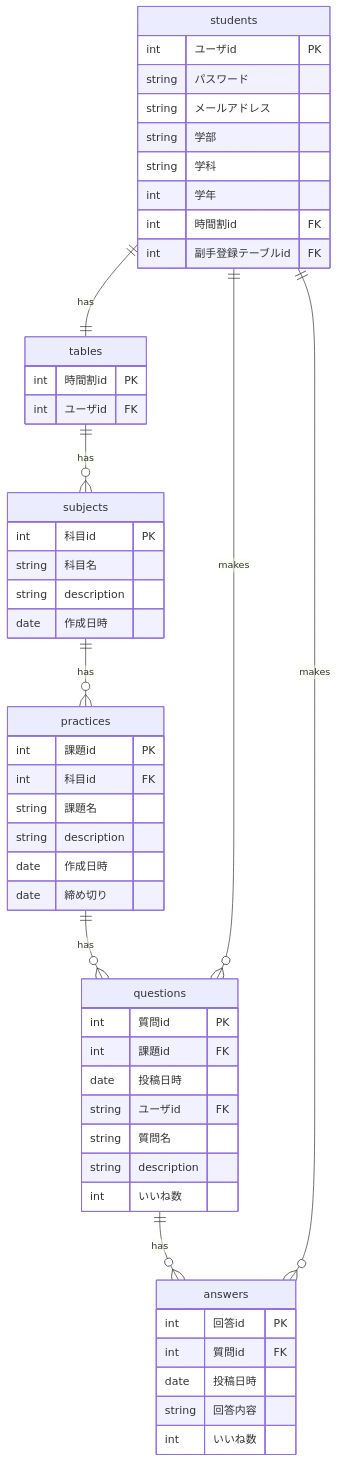
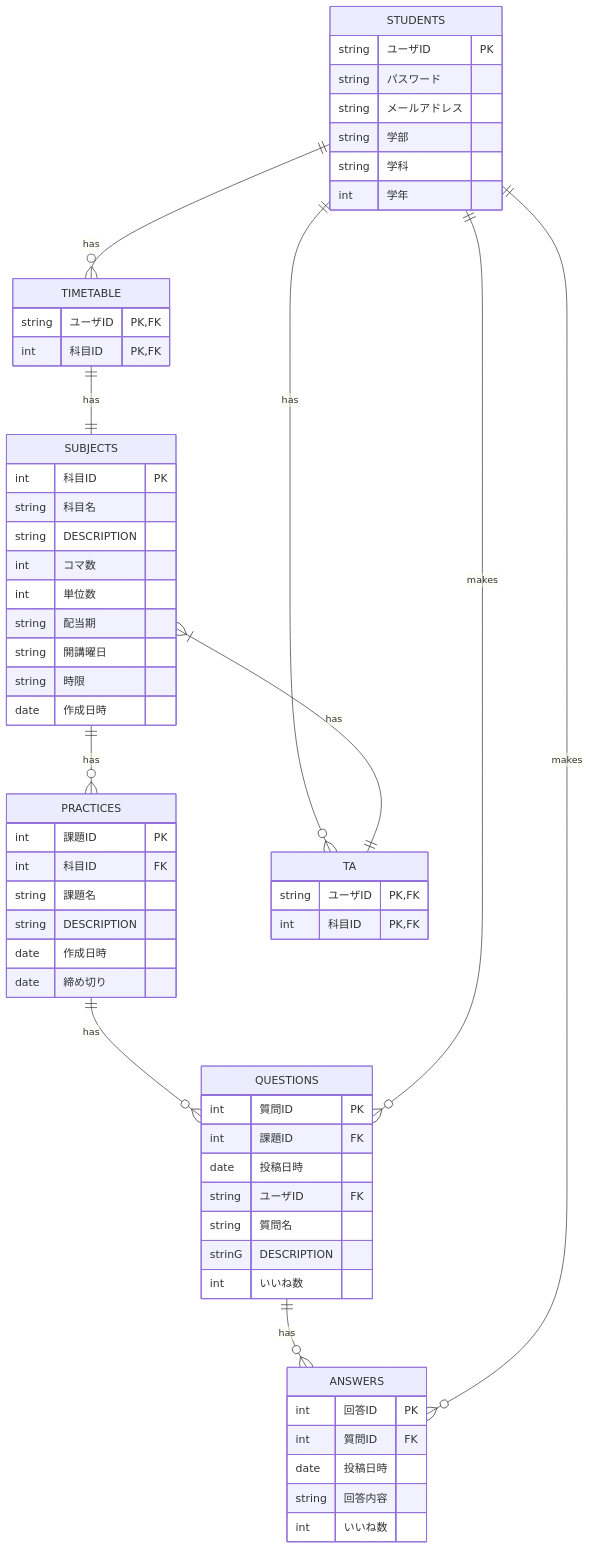
The diagram in QandA_ER.md (buhtiG27/ServerProgramming), drawn with Mermaid before and after one commit.

Commit message:
ER図を変更、時間割や副手の管理の仕方を設定、学生は要検討

````diff
--- a/QandA_ER.md
+++ b/QandA_ER.md
@@ -3,60 +3,70 @@
 ```mermaid
     erDiagram
-        students {
-            int ユーザid PK
+        STUDENTS {
+            string ユーザID PK
             string パスワード
             string メールアドレス
             string 学部
             string 学科
             int 学年
-            int 時間割id FK
-            int 副手登録テーブルid FK
         }
 
-        subjects {
-            int 科目id PK
+        SUBJECTS {
+            int 科目ID PK
             string 科目名
-            string description
+            string DESCRIPTION
+            int コマ数
+            int 単位数
+            string 配当期
+            string 開講曜日
+            string 時限
             date 作成日時
         }
 
-        practices {
-            int 課題id PK
-            int 科目id FK
+        PRACTICES {
+            int 課題ID PK
+            int 科目ID FK
             string 課題名
-            string description
+            string DESCRIPTION
             date 作成日時
             date 締め切り
         }
 
-        questions {
-            int 質問id PK
-            int 課題id FK
+        QUESTIONS {
+            int 質問ID PK
+            int 課題ID FK
             date 投稿日時
-            string ユーザid FK
+            string ユーザID FK
             string 質問名
-            string description
+            strinG DESCRIPTION
             int いいね数
         }
 
-        answers {
-            int 回答id PK
-            int 質問id FK
+        ANSWERS {
+            int 回答ID PK
+            int 質問ID FK
             date 投稿日時
             string 回答内容
             int いいね数
         }
 
-        tables {
-            int 時間割id PK
-            int ユーザid FK
+        TIMETABLE {
+            string ユーザID PK,FK
+            int 科目ID PK,FK
         }
 
-        students ||--|| tables : has
-        tables ||--o{ subjects : has
-        subjects ||--o{ practices : has
-        practices ||--o{ questions : has
-        questions ||--o{ answers : has
-        students ||--o{ questions : makes
-        students ||--o{ answers : makes
+        TA {
+            string ユーザID PK,FK
+            int 科目ID PK, FK
+        }
+
+        STUDENTS ||--o{ TIMETABLE : has
+        TIMETABLE ||--|| SUBJECTS : has
+        SUBJECTS ||--o{ PRACTICES : has
+        PRACTICES ||--o{ QUESTIONS : has
+        QUESTIONS ||--o{ ANSWERS : has
+        STUDENTS ||--o{ QUESTIONS : makes
+        STUDENTS ||--o{ ANSWERS : makes
+        STUDENTS ||--o{ TA : has
+        SUBJECTS }|--|| TA : has
 ```
````
